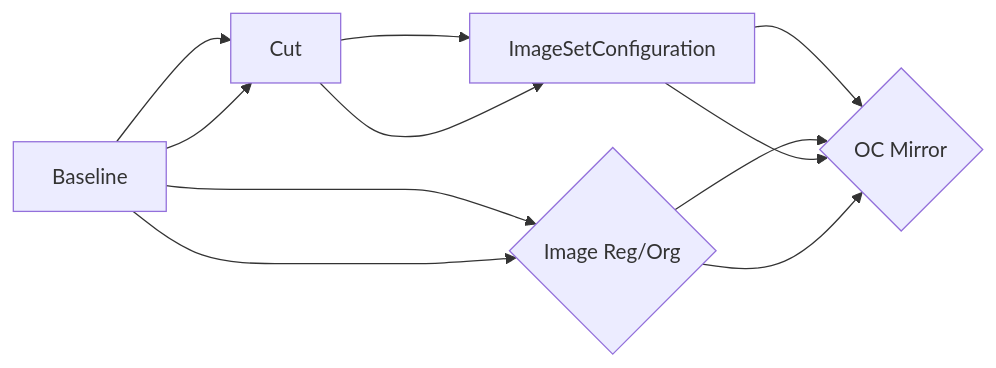
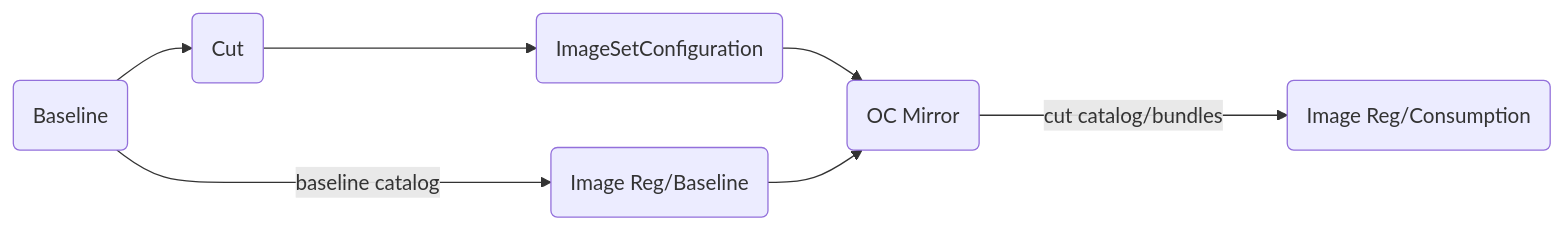
Before and after one commit to damobrisbane/operator_baseline: the diagram in README.md, drawn with Mermaid.

Commit message:
[M]RDM.md,

````diff
--- a/README.md
+++ b/README.md
@@ -6,9 +6,7 @@
 ```mermaid
 graph LR
-    Baseline --> Cut ---> ImageSetConfiguration --> OCMirror{"OC Mirror"}
-    Baseline --> ImageReg{"Image Reg/Org"}
-    ImageReg{"Image Reg/Org"} --> OCMirror
-    Baseline --> Cut ---> ImageSetConfiguration --> OCMirror{"OC Mirror"}
-    Baseline --> ImageReg{"Image Reg/Org"}
-    ImageReg{"Image Reg/Org"} --> OCMirror
+    Baseline(Baseline) --> Cut(Cut) ---> ISC(ImageSetConfiguration) --> OCMirror(OC Mirror)
+    Baseline -->|baseline catalog| ImageRegBaseline(Image Reg/Baseline)
+    ImageRegBaseline --> OCMirror
+    OCMirror --->|cut catalog/bundles| ImageRegOperators(Image Reg/Consumption)
 ```
````
